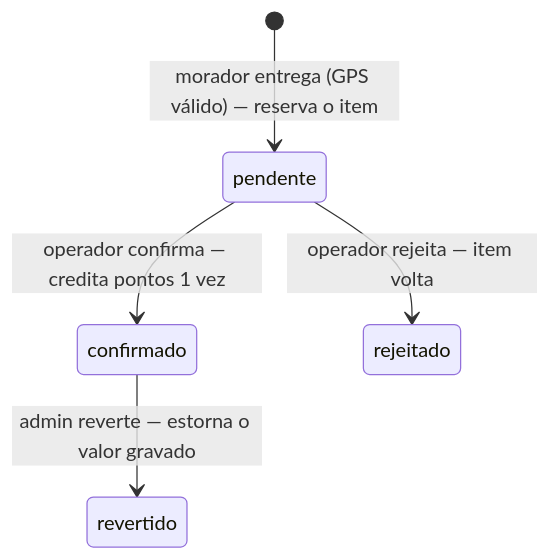
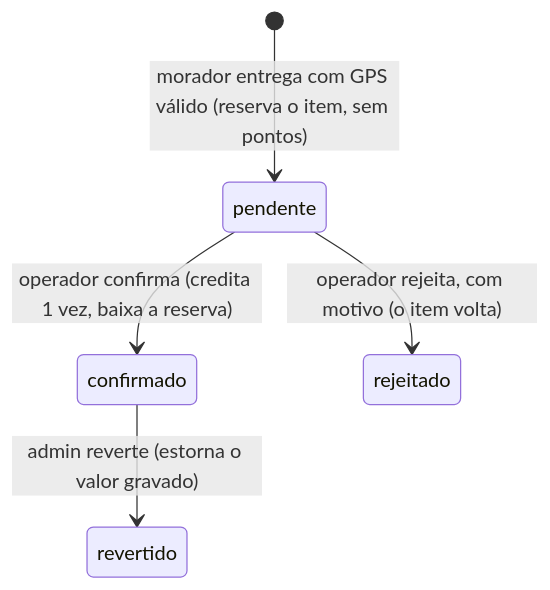
The second of 7 diagrams in docs/02-arquitetura/diagramas.md (Residuum-Organization/residuum-documentacao), drawn with Mermaid before and after one commit. The commit also changed other lines of this file and 16 other files, not shown here.

First line of the commit message:
docs(arquitetura): parte 2 - ER real, dicionário de dados, SAD, estados e ADRs

````diff
--- a/docs/02-arquitetura/diagramas.md
+++ b/docs/02-arquitetura/diagramas.md
@@ -13,7 +25,7 @@
 ```mermaid
 stateDiagram-v2
-  [*] --> pendente: morador entrega (GPS válido) — reserva o item
-  pendente --> confirmado: operador confirma — credita pontos 1 vez
-  pendente --> rejeitado: operador rejeita — item volta
-  confirmado --> revertido: admin reverte — estorna o valor gravado
+  [*] --> pendente: morador entrega com GPS válido (reserva o item, sem pontos)
+  pendente --> confirmado: operador confirma (credita 1 vez, baixa a reserva)
+  pendente --> rejeitado: operador rejeita, com motivo (o item volta)
+  confirmado --> revertido: admin reverte (estorna o valor gravado)
 ```
````
